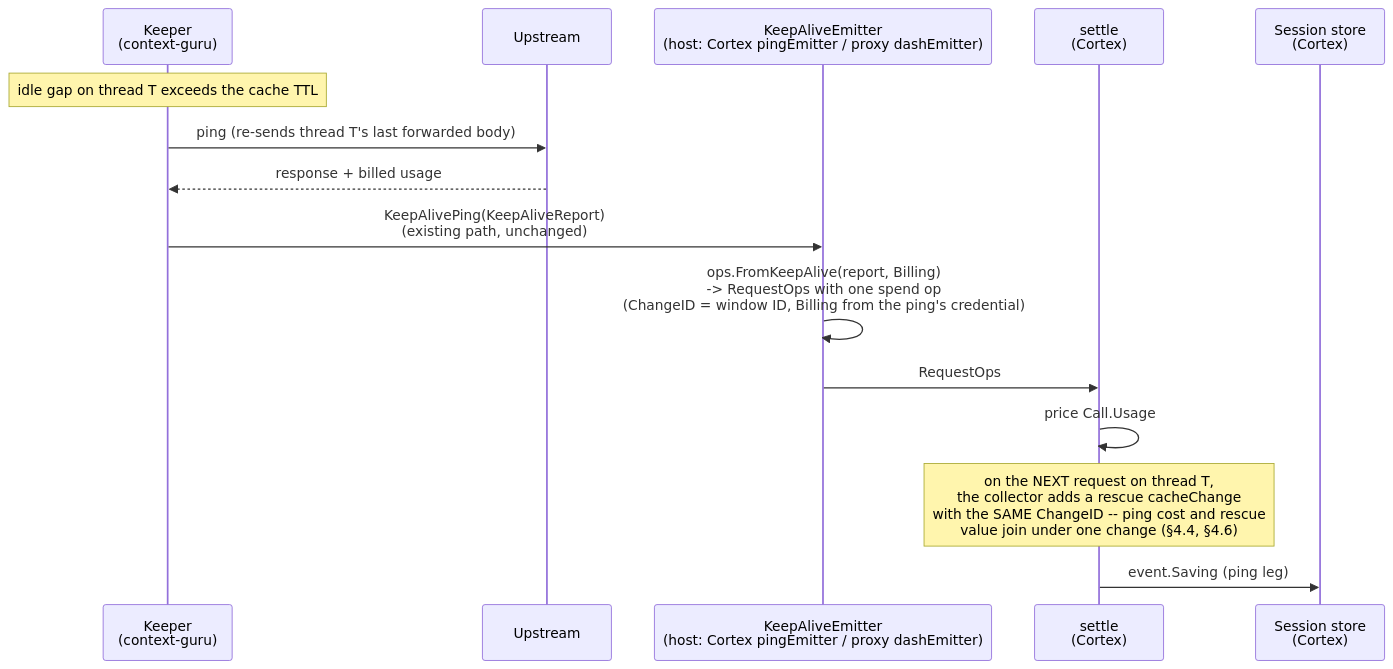
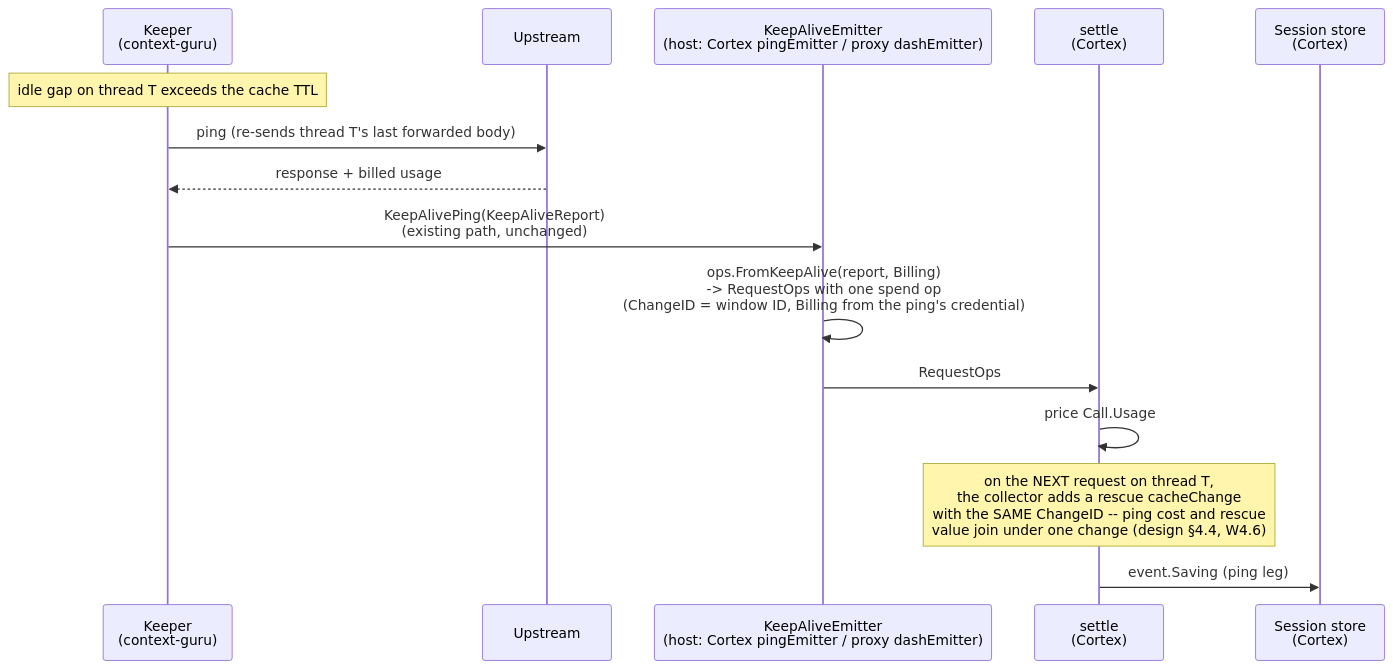
Before and after one commit to rossoctl/context-guru: the third of 3 diagrams in docs/superpowers/specs/2026-10-18-context-operations-cortex-wiring.md, drawn with Mermaid. The commit also changed other lines of this file and 2 other files, not shown here.

First line of the commit message:
docs: Remove unused fields, rules and stub sections from the operations design

````diff
--- a/docs/superpowers/specs/2026-10-18-context-operations-cortex-wiring.md
+++ b/docs/superpowers/specs/2026-10-18-context-operations-cortex-wiring.md
@@ -178,18 +177,18 @@
 ```mermaid
 sequenceDiagram
     participant Keeper as Keeper<br/>(context-guru)
     participant Upstream
     participant Emitter as KeepAliveEmitter<br/>(host: Cortex pingEmitter / proxy dashEmitter)
     participant Settle as settle<br/>(Cortex)
     participant Store as Session store<br/>(Cortex)
 
     Note over Keeper: idle gap on thread T exceeds the cache TTL
     Keeper->>Upstream: ping (re-sends thread T's last forwarded body)
     Upstream-->>Keeper: response + billed usage
     Keeper->>Emitter: KeepAlivePing(KeepAliveReport)<br/>(existing path, unchanged)
     Emitter->>Emitter: ops.FromKeepAlive(report, Billing)<br/>-> RequestOps with one spend op<br/>(ChangeID = window ID, Billing from the ping's credential)
     Emitter->>Settle: RequestOps
     Settle->>Settle: price Call.Usage
-    Note over Settle: on the NEXT request on thread T,<br/>the collector adds a rescue cacheChange<br/>with the SAME ChangeID -- ping cost and rescue<br/>value join under one change (§4.4, §4.6)
+    Note over Settle: on the NEXT request on thread T,<br/>the collector adds a rescue cacheChange<br/>with the SAME ChangeID -- ping cost and rescue<br/>value join under one change (design §4.4, W4.6)
     Settle->>Store: event.Saving (ping leg)
 ```
````
